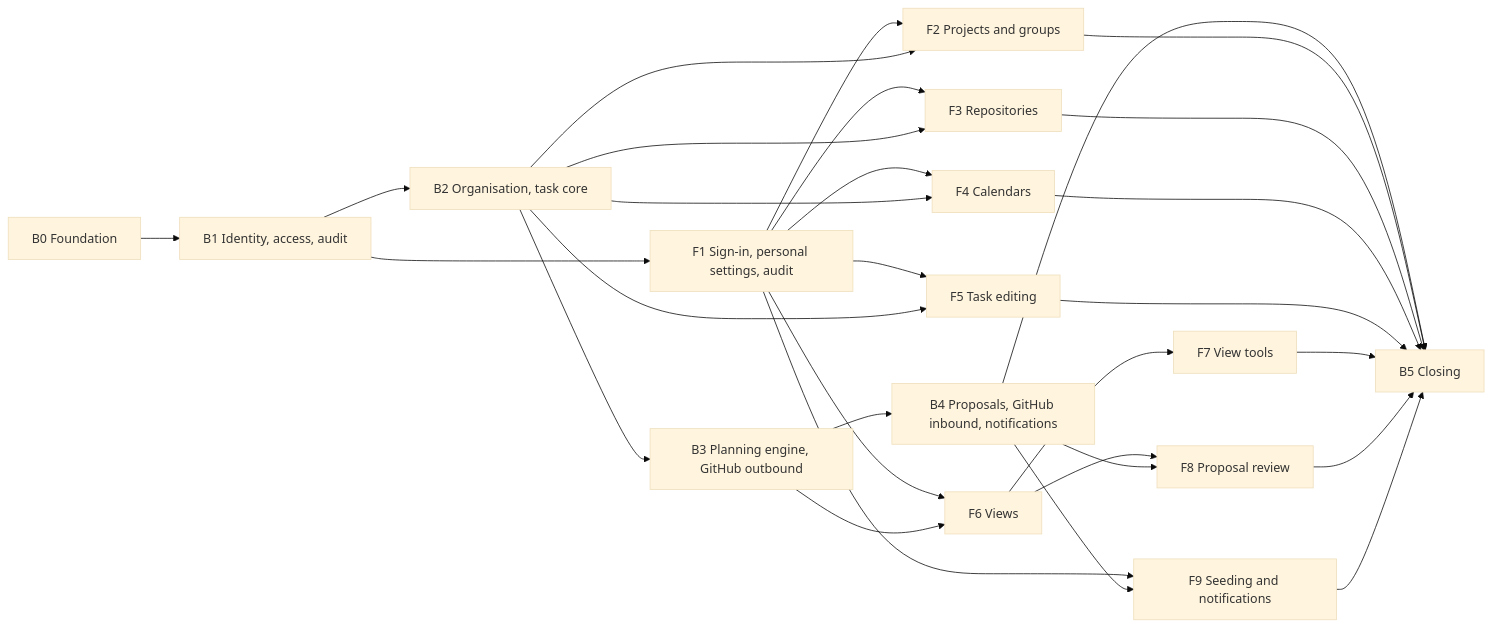
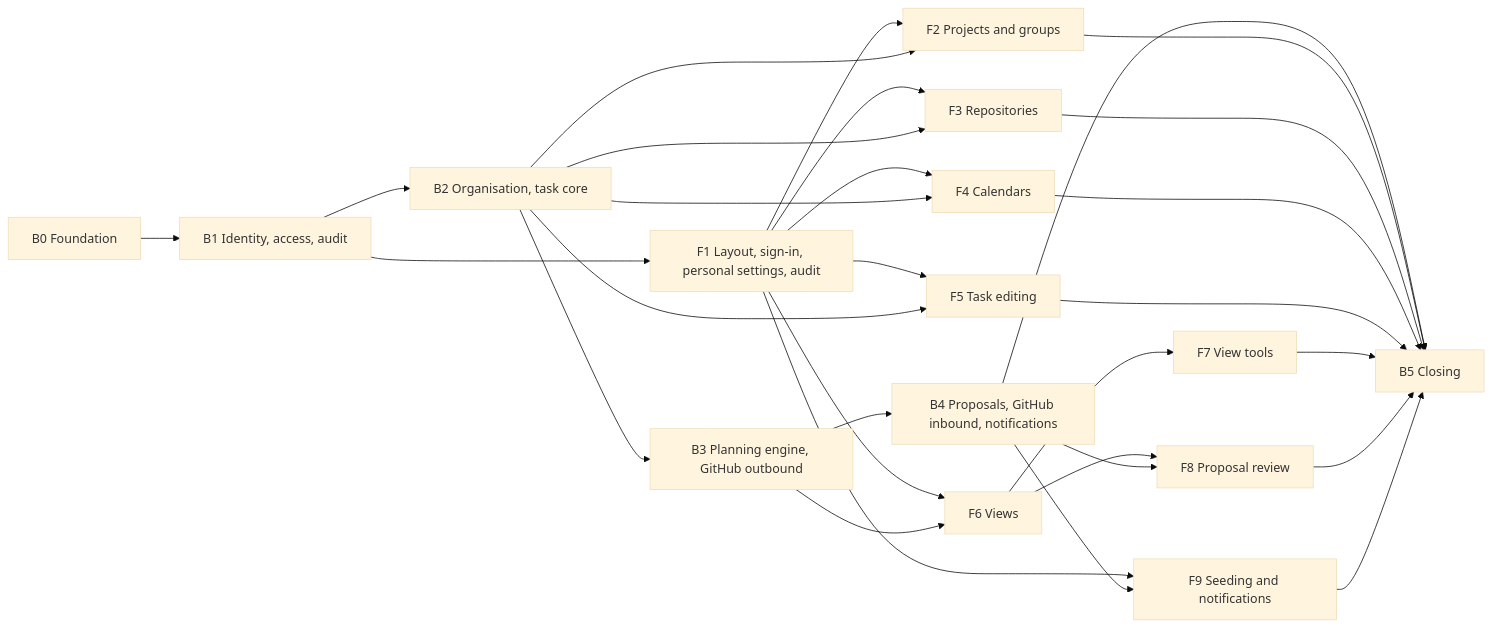
Before and after one commit to csillagu/cold-seance: the diagram in docs/implementation-plan.md, drawn with Mermaid (base theme). The commit also changed other lines of this file and 1 other file, not shown here.

First line of the commit message:
Add SC-113 for the frontend layout and place it in the plan (#15)

````diff
--- a/docs/implementation-plan.md
+++ b/docs/implementation-plan.md
@@ -31,11 +31,11 @@
 ```mermaid
 flowchart LR
   B0[B0 Foundation] --> B1[B1 Identity, access, audit] --> B2[B2 Organisation, task core] --> B3[B3 Planning engine, GitHub outbound] --> B4[B4 Proposals, GitHub inbound, notifications] --> B5[B5 Closing]
-  B1 --> F1[F1 Sign-in, personal settings, audit]
+  B1 --> F1[F1 Layout, sign-in, personal settings, audit]
   F1 --> F2[F2 Projects and groups] & F3[F3 Repositories] & F4[F4 Calendars] & F5[F5 Task editing] & F6[F6 Views] & F9[F9 Seeding and notifications]
   B2 --> F2 & F3 & F4 & F5
   B3 --> F6 --> F7[F7 View tools]
   F6 --> F8[F8 Proposal review]
   B4 --> F8 & F9
   F2 & F3 & F4 & F5 & F7 & F8 & F9 --> B5
 ```
````
